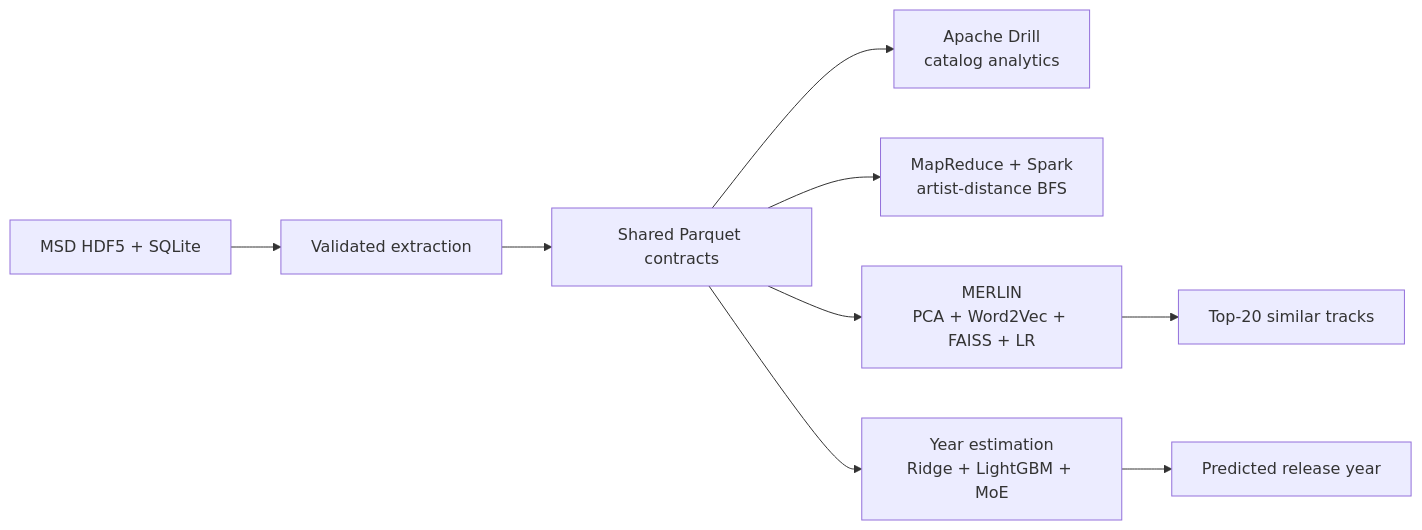
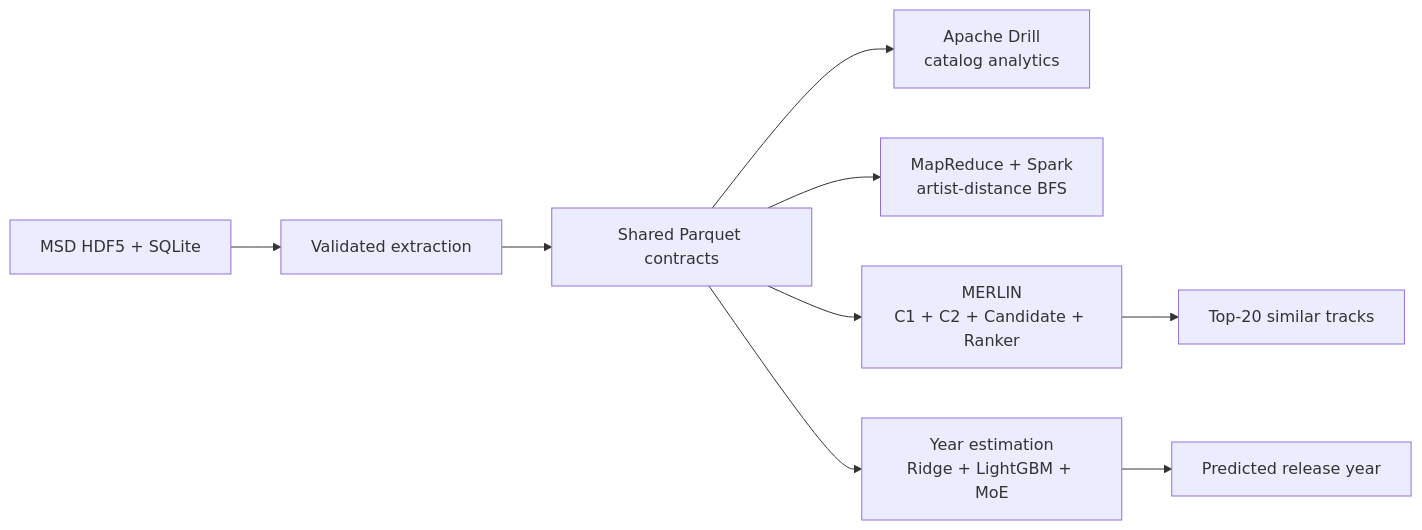
One commit to EggHeadYao/msd-intelligence changed the diagram in README.md. Above: the diagram before and after it, drawn with Mermaid. The commit also changed other lines of this file and 13 other files, not shown here.

````diff
--- a/README.md
+++ b/README.md
@@ -38,13 +38,13 @@
 ```mermaid
 flowchart LR
     RAW["MSD HDF5 + SQLite"] --> ETL["Validated extraction"]
     ETL --> PQ["Shared Parquet contracts"]
 
     PQ --> DRILL["Apache Drill<br/>catalog analytics"]
     PQ --> BFS["MapReduce + Spark<br/>artist-distance BFS"]
-    PQ --> MERLIN["MERLIN<br/>PCA + Word2Vec + FAISS + LR"]
+    PQ --> MERLIN["MERLIN<br/>C1 + C2 + Candidate + Ranker"]
     PQ --> YEAR["Year estimation<br/>Ridge + LightGBM + MoE"]
 
     MERLIN --> TOPK["Top-20 similar tracks"]
     YEAR --> ERA["Predicted release year"]
 ```
````
